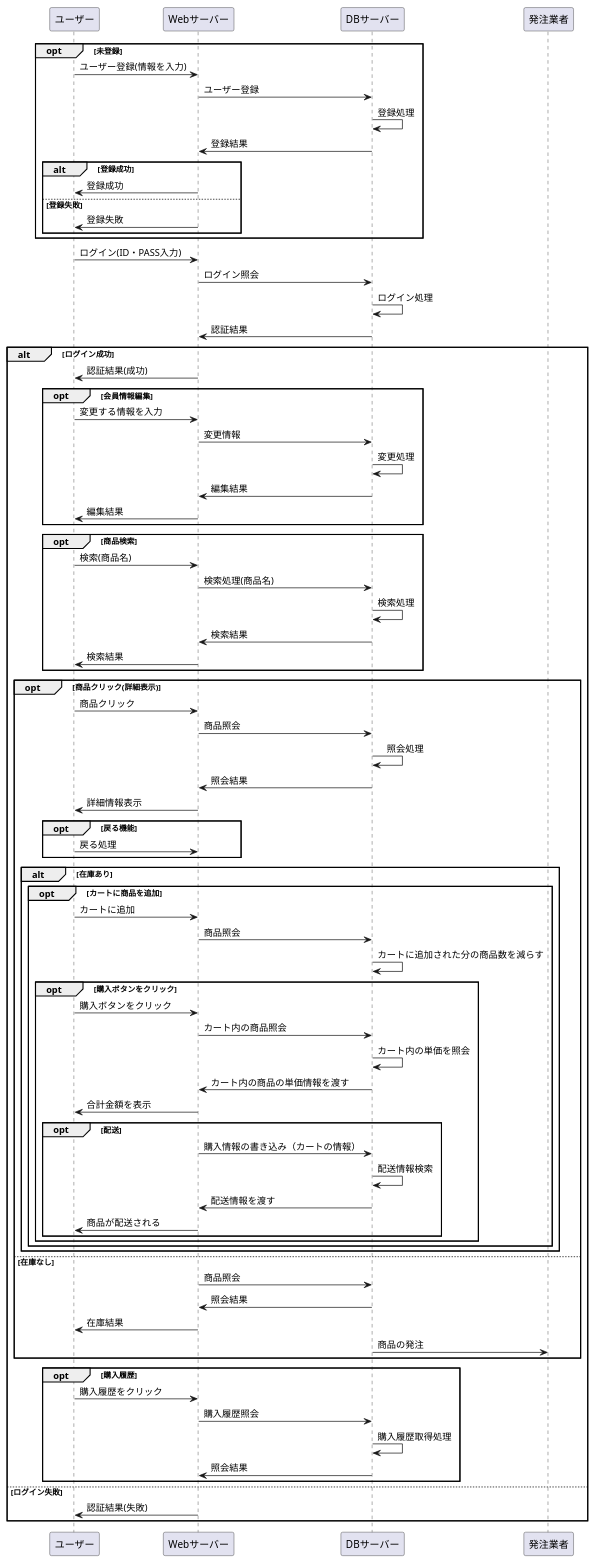
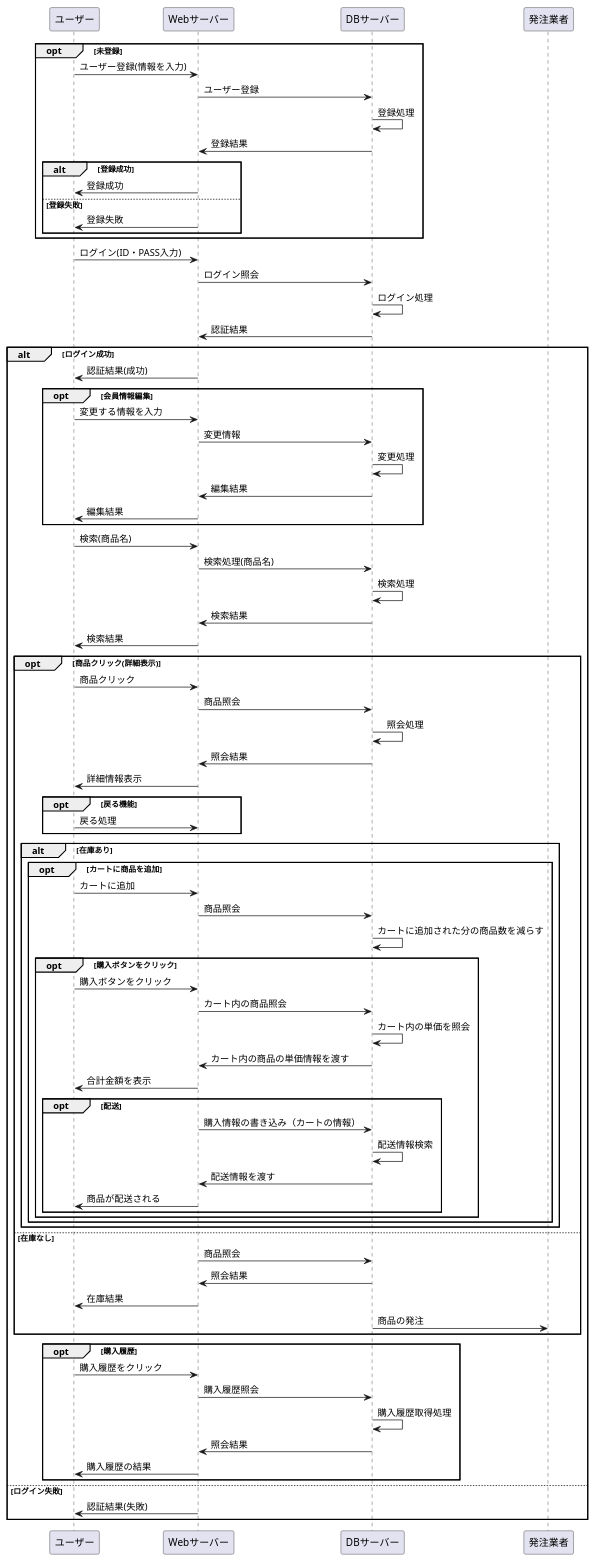
The diagram in 設計書/02_業務フロー/business-flow-test.md (Aso2001227/Aso-Sports-1), drawn with PlantUML before and after one commit.

```diff
--- a/設計書/02_業務フロー/business-flow-test.md
+++ b/設計書/02_業務フロー/business-flow-test.md
@@ -39,13 +39,13 @@
 
 
 
-opt 商品検索
+
 ユーザー -> Webサーバー : 検索(商品名)
 Webサーバー -> DBサーバー : 検索処理(商品名)
 DBサーバー -> DBサーバー : 検索処理
 DBサーバー -> Webサーバー : 検索結果
 Webサーバー -> ユーザー : 検索結果
-end
+
 
 
 
@@ -109,7 +109,7 @@
 Webサーバー -> DBサーバー :購入履歴照会
 DBサーバー -> DBサーバー : 購入履歴取得処理
 DBサーバー -> Webサーバー :照会結果
-
+Webサーバー -> ユーザー :購入履歴の結果
 end
 else ログイン失敗
 Webサーバー -> ユーザー : 認証結果(失敗)
```
